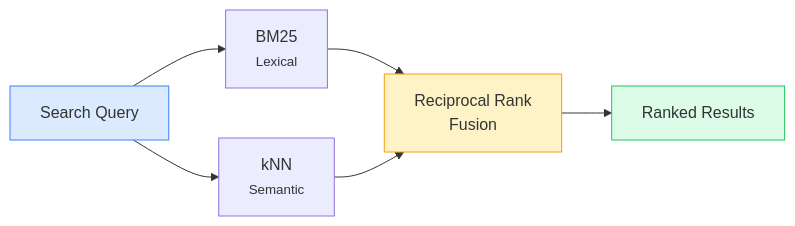
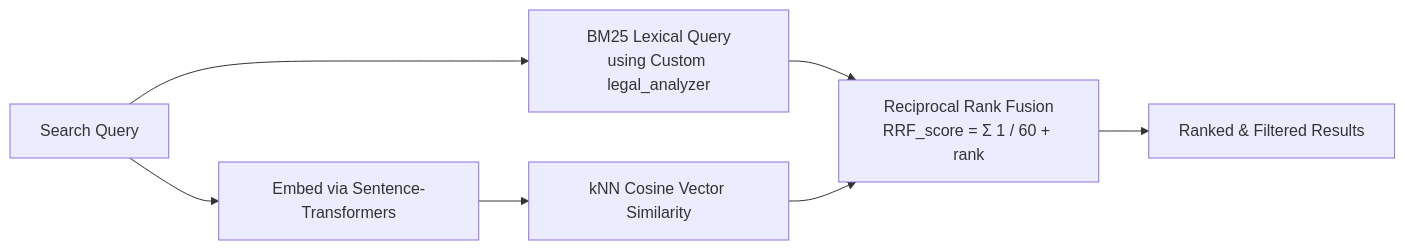
Before and after one commit to Liorohan10/ClauseGuard-main: the third of 3 diagrams in README.md, drawn with Mermaid. The commit also changed other lines of this file, not shown here.

````diff
--- a/README.md
+++ b/README.md
@@ -82,12 +104,9 @@
 ```mermaid
 flowchart LR
-    Q[Search Query] --> BM25[BM25<br/><small>Lexical</small>]
-    Q --> KNN[kNN<br/><small>Semantic</small>]
-    BM25 --> RRF[Reciprocal Rank<br/>Fusion]
+    Query[Search Query] --> Vec[Embed via Sentence-Transformers]
+    Query --> BM25[BM25 Lexical Query<br/>using Custom legal_analyzer]
+    Vec --> KNN[kNN Cosine Vector Similarity]
+    BM25 --> RRF[Reciprocal Rank Fusion<br/>RRF_score = Σ 1 / 60 + rank]
     KNN --> RRF
-    RRF --> R[Ranked Results]
-
-    style Q fill:#dbeafe,stroke:#3b82f6
-    style RRF fill:#fef3c7,stroke:#f59e0b
-    style R fill:#dcfce7,stroke:#22c55e
+    RRF --> Ranked[Ranked & Filtered Results]
 ```
````
